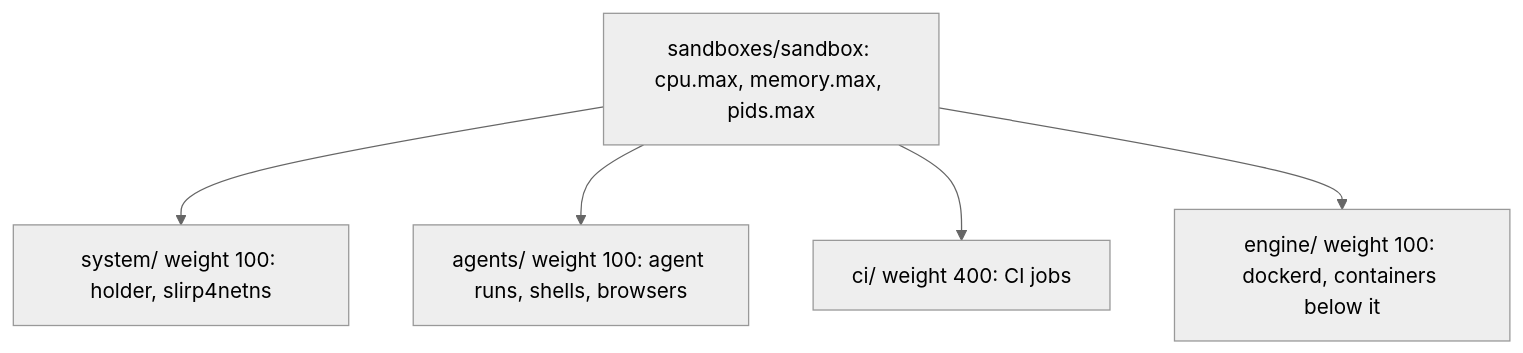
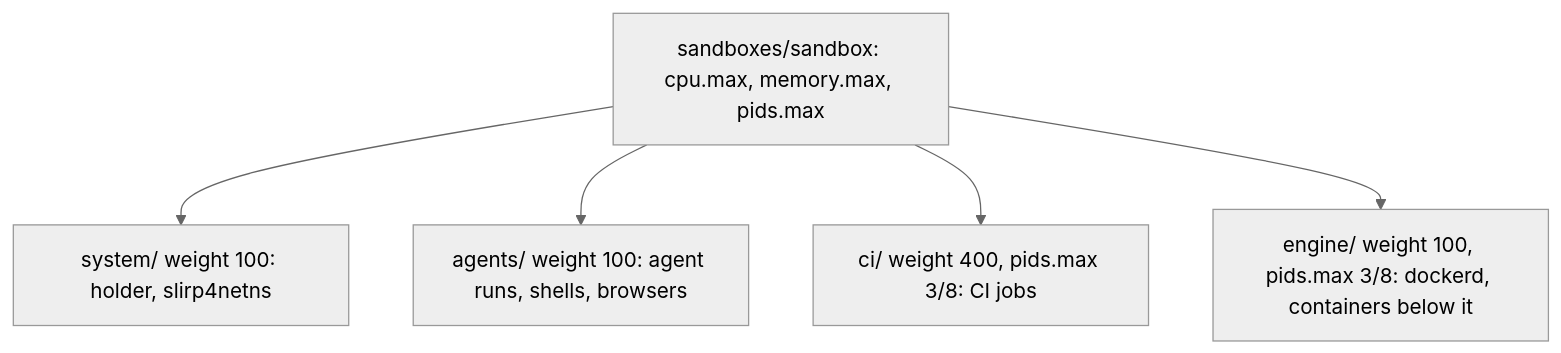
The second of 55 diagrams in docs/architecture.md (Quartio-Studio/yulius), drawn with Mermaid (neutral theme) before and after one commit. The commit also changed other lines of this file and 38 other files, not shown here.

First line of the commit message:
feat(sandbox): parallel tasks in one sandbox crash Claude Code via pids.max (#805)

````diff
--- a/docs/architecture.md
+++ b/docs/architecture.md
@@ -63,7 +70,7 @@
 ```mermaid
 flowchart TD
   SBX["sandboxes/sandbox: cpu.max, memory.max, pids.max"] --> SYS["system/ weight 100: holder, slirp4netns"]
   SBX --> AGS["agents/ weight 100: agent runs, shells, browsers"]
-  SBX --> CIG["ci/ weight 400: CI jobs"]
-  SBX --> ENG["engine/ weight 100: dockerd, containers below it"]
+  SBX --> CIG["ci/ weight 400, pids.max 3/8: CI jobs"]
+  SBX --> ENG["engine/ weight 100, pids.max 3/8: dockerd, containers below it"]
 ```
````
